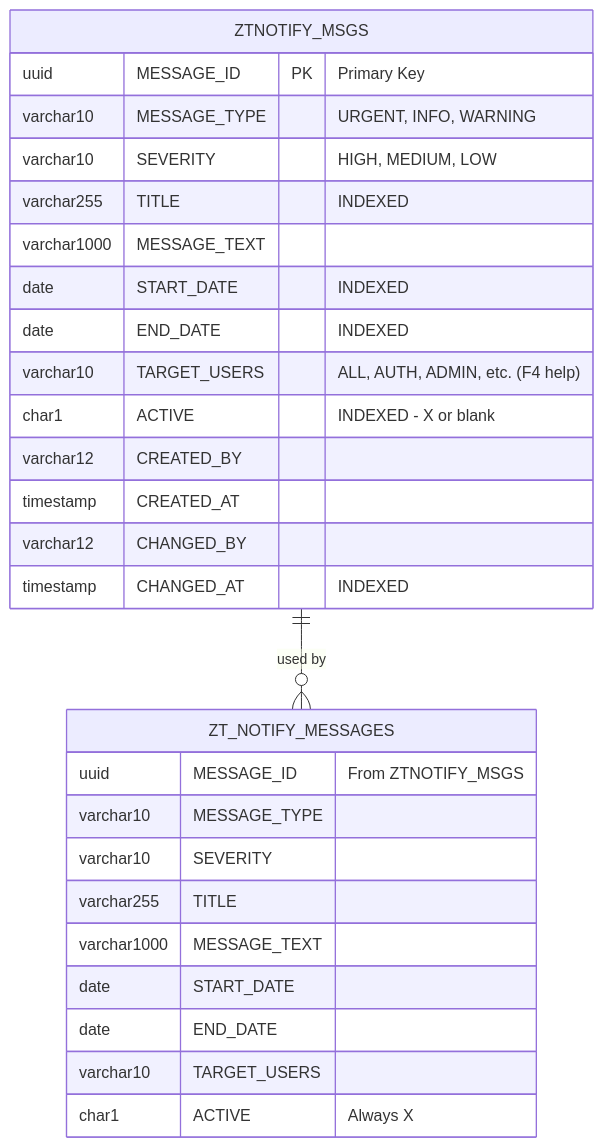
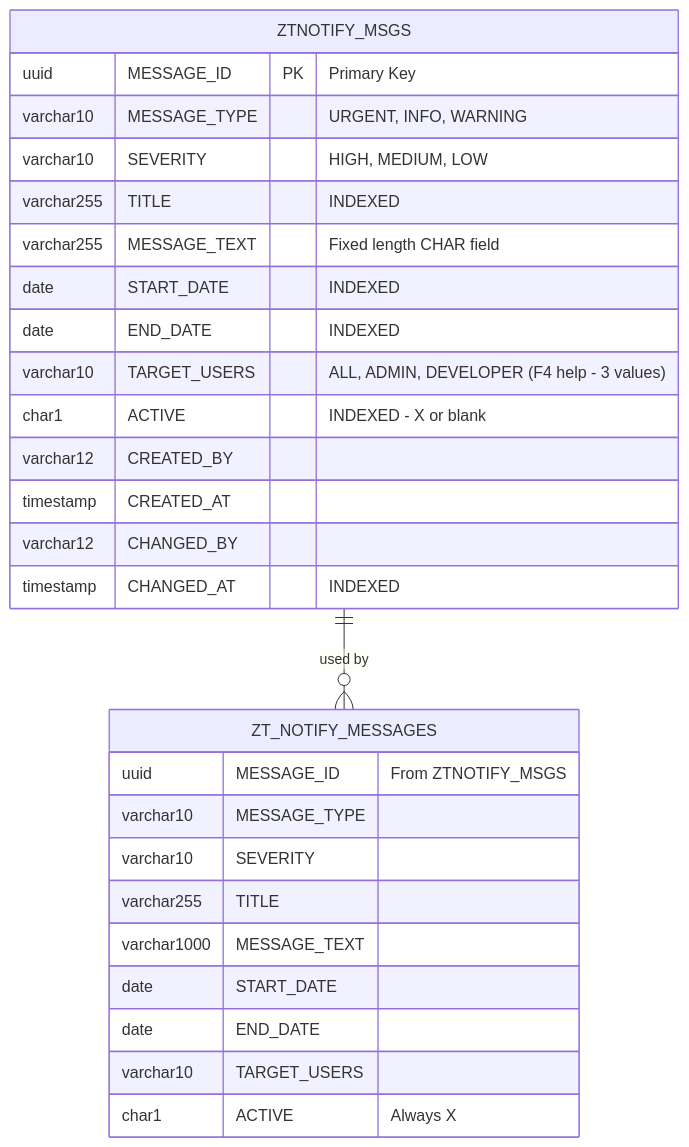
Before and after one commit to Raistlin82/sap-fiori-notification-banner: the fourth of 6 diagrams in docs/ARCHITECTURE.md, drawn with Mermaid. The commit also changed 1 other file, not shown here.

First paragraph of the commit message:
docs: Fix TARGET_USERS inconsistencies across documentation
## Verification Completed ✅

````diff
--- a/docs/ARCHITECTURE.md
+++ b/docs/ARCHITECTURE.md
@@ -170,32 +170,32 @@
 ```mermaid
 erDiagram
     ZTNOTIFY_MSGS ||--o{ ZT_NOTIFY_MESSAGES : "used by"
 
     ZTNOTIFY_MSGS {
         uuid MESSAGE_ID PK "Primary Key"
         varchar10 MESSAGE_TYPE "URGENT, INFO, WARNING"
         varchar10 SEVERITY "HIGH, MEDIUM, LOW"
         varchar255 TITLE "INDEXED"
-        varchar1000 MESSAGE_TEXT
+        varchar255 MESSAGE_TEXT "Fixed length CHAR field"
         date START_DATE "INDEXED"
         date END_DATE "INDEXED"
-        varchar10 TARGET_USERS "ALL, AUTH, ADMIN, etc. (F4 help)"
+        varchar10 TARGET_USERS "ALL, ADMIN, DEVELOPER (F4 help - 3 values)"
         char1 ACTIVE "INDEXED - X or blank"
         varchar12 CREATED_BY
         timestamp CREATED_AT
         varchar12 CHANGED_BY
         timestamp CHANGED_AT "INDEXED"
     }
 
     ZT_NOTIFY_MESSAGES {
         uuid MESSAGE_ID "From ZTNOTIFY_MSGS"
         varchar10 MESSAGE_TYPE
         varchar10 SEVERITY
         varchar255 TITLE
         varchar1000 MESSAGE_TEXT
         date START_DATE
         date END_DATE
         varchar10 TARGET_USERS
         char1 ACTIVE "Always X"
     }
 ```
````
